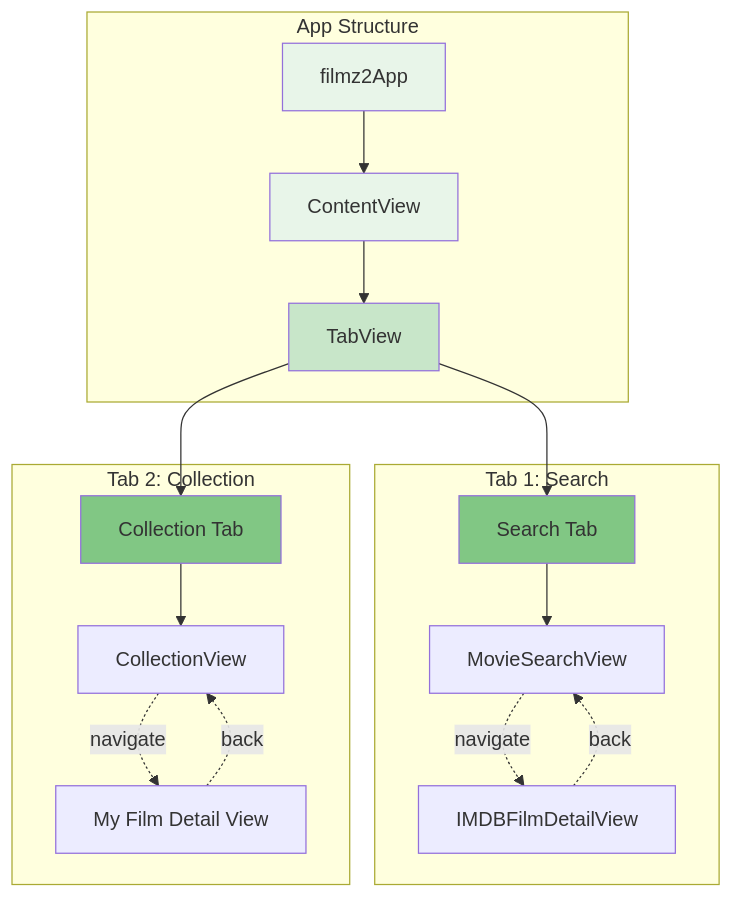
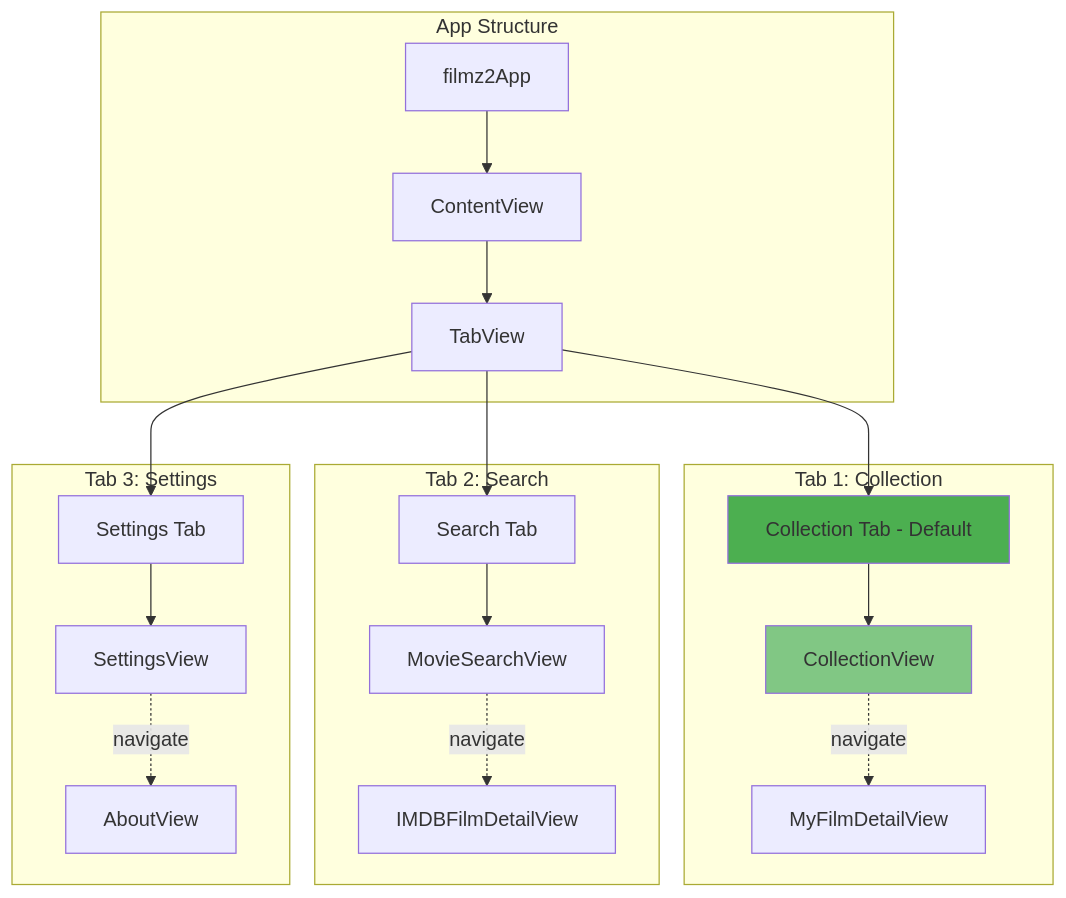
The fifth of 10 diagrams in docs/ARCHITECTURE.md (tillg/filmz2), drawn with Mermaid before and after one commit. The commit also changed other lines of this file and 2 other files, not shown here.

````diff
--- a/docs/ARCHITECTURE.md
+++ b/docs/ARCHITECTURE.md
@@ -855,39 +217,44 @@
 ```mermaid
 graph TB
     subgraph "App Structure"
         App[filmz2App]
         CV[ContentView]
         TV[TabView]
     end
 
-    subgraph "Tab 1: Search"
+    subgraph "Tab 1: Collection"
+        CT[Collection Tab - Default]
+        CollV[CollectionView]
+        MFDV[MyFilmDetailView]
+    end
+
+    subgraph "Tab 2: Search"
         ST[Search Tab]
         MSV[MovieSearchView]
         IFDV1[IMDBFilmDetailView]
     end
 
-    subgraph "Tab 2: Collection"
-        CT[Collection Tab]
-        CollV[CollectionView]
-        MFDV[My Film Detail View]
+    subgraph "Tab 3: Settings"
+        SetT[Settings Tab]
+        SetV[SettingsView]
+        AV[AboutView]
     end
 
     App --> CV
     CV --> TV
+    TV --> CT
     TV --> ST
-    TV --> CT
+    TV --> SetT
+
+    CT --> CollV
+    CollV -.navigate.-> MFDV
 
     ST --> MSV
     MSV -.navigate.-> IFDV1
-    IFDV1 -.back.-> MSV
 
-    CT --> CollV
-    CollV -.navigate.-> MFDV
-    MFDV -.back.-> CollV
+    SetT --> SetV
+    SetV -.navigate.-> AV
 
-    style App fill:#e8f5e9
-    style CV fill:#e8f5e9
-    style TV fill:#c8e6c9
-    style ST fill:#81c784
-    style CT fill:#81c784
+    style CT fill:#4caf50
+    style CollV fill:#81c784
 ```
````
